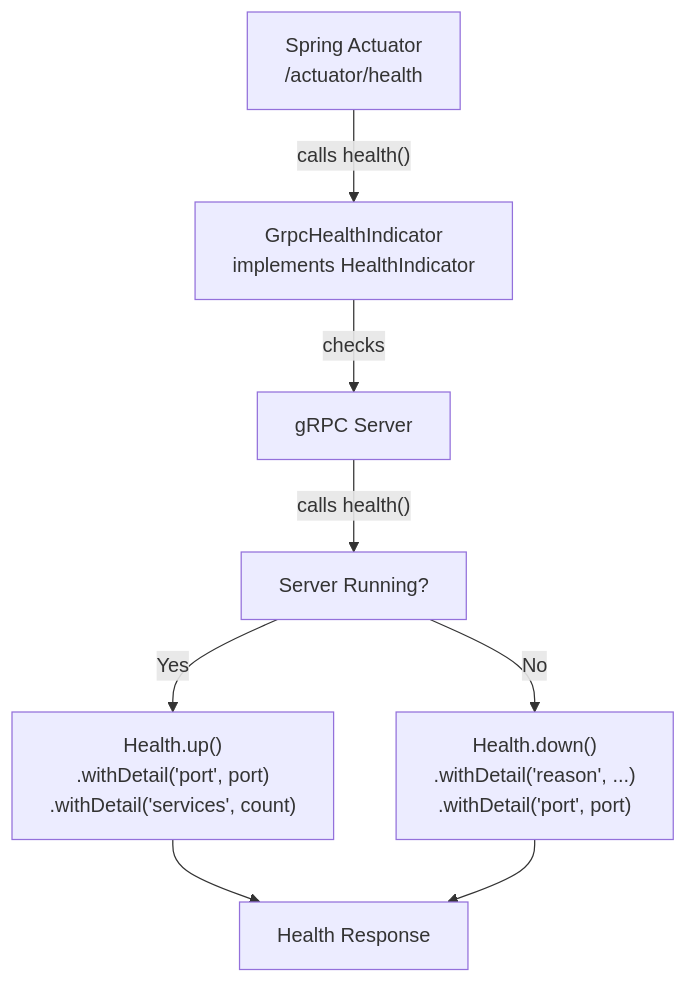
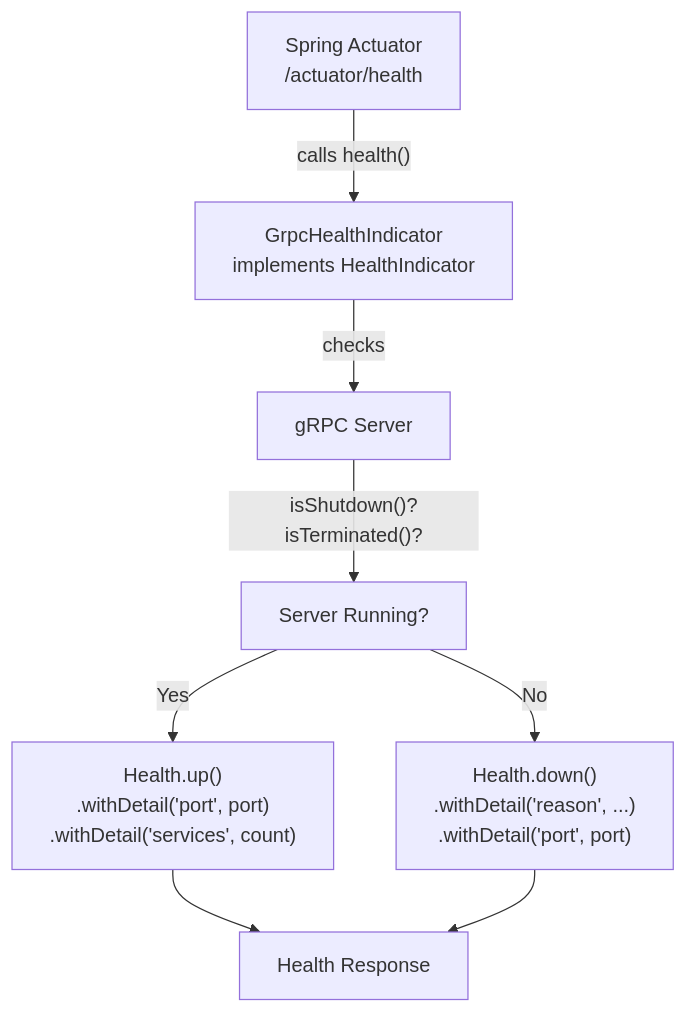
One commit to philipz/spring-modular-monolith changed the ninth of 11 diagrams in docs/deepwiki/gRPC-Infrastructure.md. Above: the diagram before and after it, drawn with Mermaid. The commit also changed other lines of this file and 32 other files, not shown here.

````diff
--- a/docs/deepwiki/gRPC-Infrastructure.md
+++ b/docs/deepwiki/gRPC-Infrastructure.md
@@ -552,19 +552,19 @@
 ```mermaid
 flowchart TD
 
 Actuator["Spring Actuator<br>/actuator/health"]
 GrpcHealthIndicator["GrpcHealthIndicator<br>implements HealthIndicator"]
 GrpcServer["gRPC Server"]
 Check["Server Running?"]
 UpHealth["Health.up()<br>.withDetail('port', port)<br>.withDetail('services', count)"]
 DownHealth["Health.down()<br>.withDetail('reason', ...)<br>.withDetail('port', port)"]
 Response["Health Response"]
 
 Actuator -->|"calls health()"| GrpcHealthIndicator
 GrpcHealthIndicator -->|"checks"| GrpcServer
-GrpcServer -->|"calls health()"| Check
+GrpcServer -->|"isShutdown()?isTerminated()?"| Check
 Check -->|"Yes"| UpHealth
 Check -->|"No"| DownHealth
 UpHealth --> Response
 DownHealth --> Response
 ```
````
